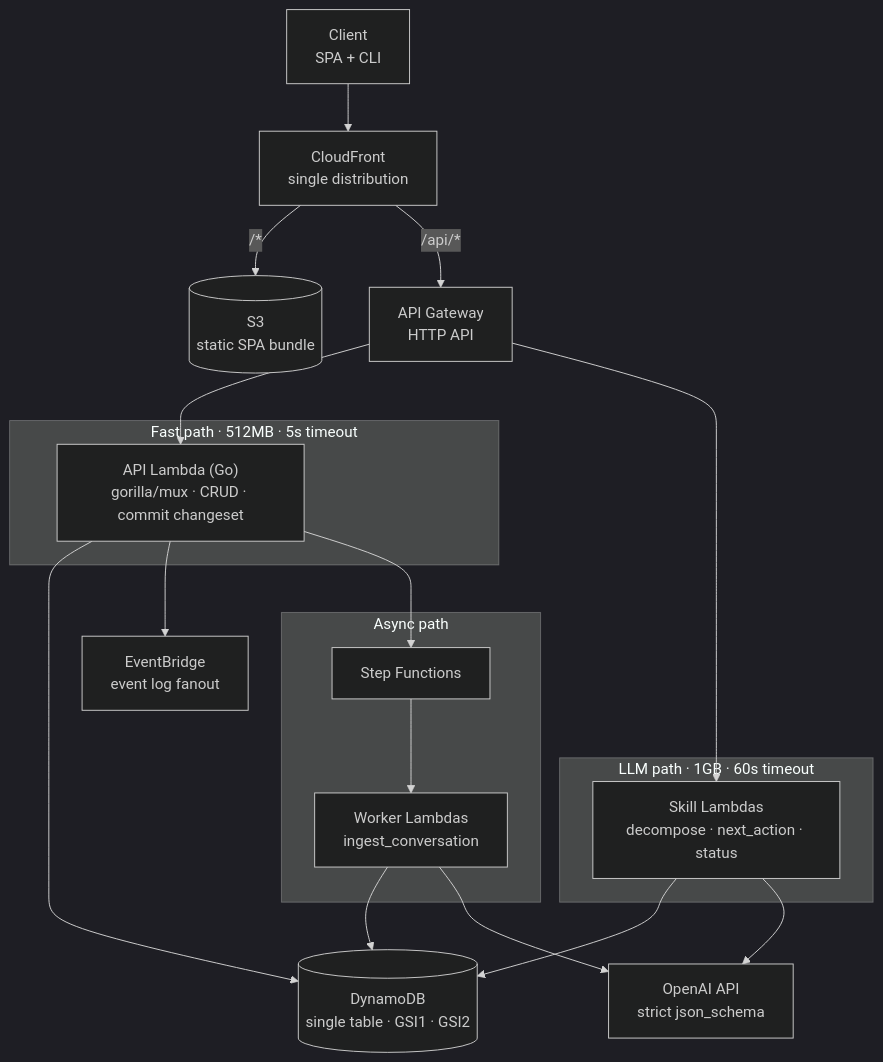
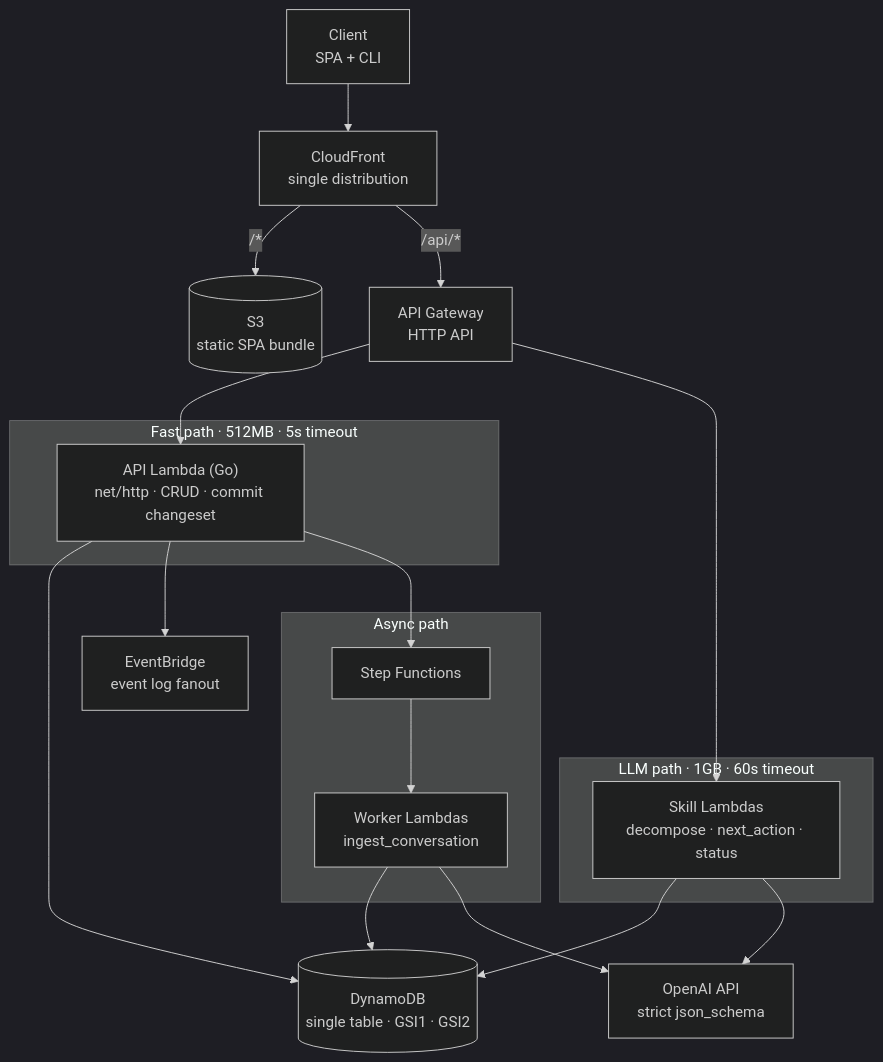
One commit to esvarez/lucas-assist changed the first of 2 diagrams in architecture.md. Above: the diagram before and after it, drawn with Mermaid (dark theme). The commit also changed other lines of this file and 1 other file, not shown here.

````diff
--- a/architecture.md
+++ b/architecture.md
@@ -11,37 +11,37 @@
 ```mermaid
 flowchart TB
     Client["Client<br/>SPA + CLI"]
     CF["CloudFront<br/>single distribution"]
     S3[("S3<br/>static SPA bundle")]
     APIGW["API Gateway<br/>HTTP API"]
 
     Client --> CF
     CF -->|"/*"| S3
     CF -->|"/api/*"| APIGW
     APIGW --> API
     APIGW --> Skills
 
     subgraph fast["Fast path · 512MB · 5s timeout"]
-        API["API Lambda (Go)<br/>gorilla/mux · CRUD · commit changeset"]
+        API["API Lambda (Go)<br/>net/http · CRUD · commit changeset"]
     end
 
     subgraph slow["LLM path · 1GB · 60s timeout"]
         Skills["Skill Lambdas<br/>decompose · next_action · status"]
     end
 
     subgraph async["Async path"]
         SFN["Step Functions"] --> Worker["Worker Lambdas<br/>ingest_conversation"]
     end
 
     API --> DDB
     API --> EB
     API --> SFN
     Skills --> DDB
     Skills --> OAI
     Worker --> DDB
     Worker --> OAI
 
     DDB[("DynamoDB<br/>single table · GSI1 · GSI2")]
     OAI["OpenAI API<br/>strict json_schema"]
     EB["EventBridge<br/>event log fanout"]
 ```
````
